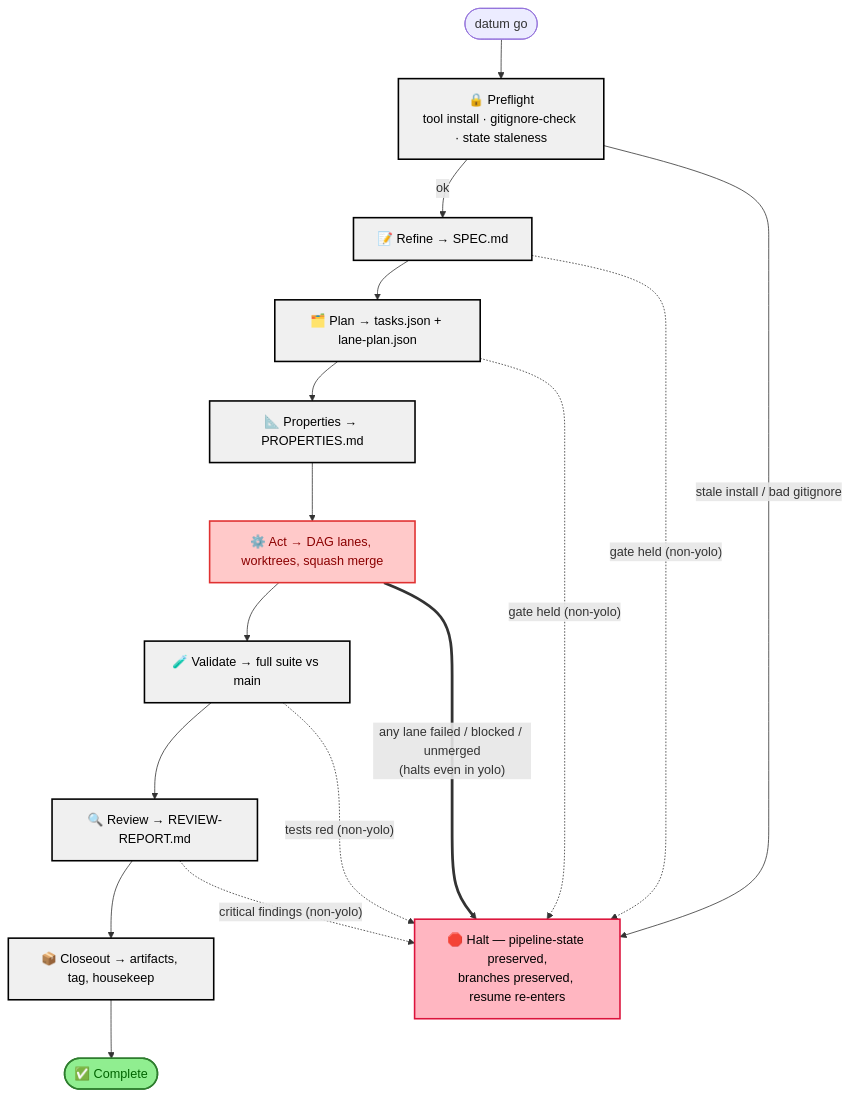
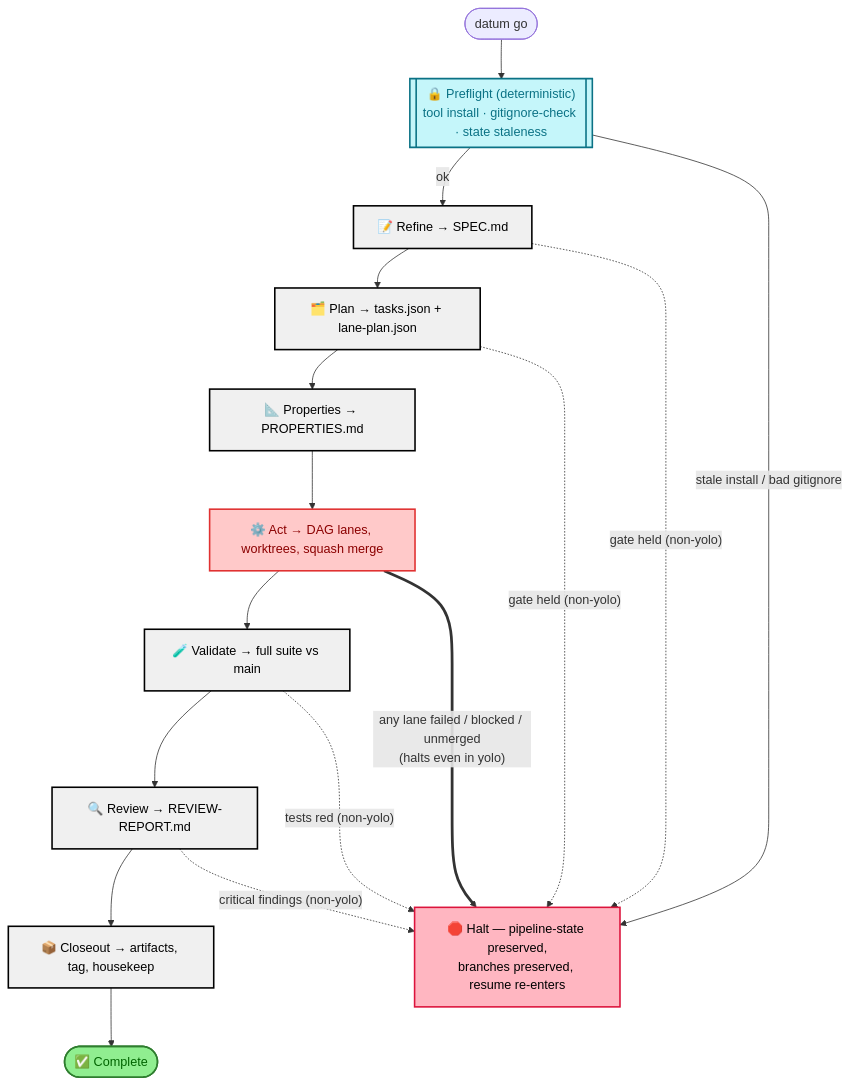
Before and after one commit to gitrdunhq/datum: the second of 4 diagrams in docs/FLOW.md, drawn with Mermaid. The commit also changed other lines of this file, not shown here.

First line of the commit message:
docs(flow): lane diagram reflects the spec file, read witness, reset gate and refusal naming; deterministic steps styled apart

````diff
--- a/docs/FLOW.md
+++ b/docs/FLOW.md
@@ -47,41 +47,43 @@
 ```mermaid
 flowchart TD
     Start(["datum go"])
-    Preflight["🔒 Preflight<br/>tool install · gitignore-check · state staleness"]
+    Preflight[["🔒 Preflight (deterministic)<br/>tool install · gitignore-check · state staleness"]]
     Refine["📝 Refine → SPEC.md"]
     Plan["🗂️ Plan → tasks.json + lane-plan.json"]
     Props["📐 Properties → PROPERTIES.md"]
     Act["⚙️ Act → DAG lanes, worktrees, squash merge"]
     Validate["🧪 Validate → full suite vs main"]
     Review["🔍 Review → REVIEW-REPORT.md"]
     Closeout["📦 Closeout → artifacts, tag, housekeep"]
     Halt["🛑 Halt — pipeline-state preserved,<br/>branches preserved, resume re-enters"]
     Complete(["✅ Complete"])
 
     Start --> Preflight
     Preflight -->|"ok"| Refine
     Preflight -->|"stale install / bad gitignore"| Halt
     Refine --> Plan
     Plan --> Props
     Props --> Act
     Act --> Validate
     Validate --> Review
     Review --> Closeout
     Closeout --> Complete
 
     Refine -.->|"gate held (non-yolo)"| Halt
     Plan -.->|"gate held (non-yolo)"| Halt
     Act ==>|"any lane failed / blocked / unmerged<br/>(halts even in yolo)"| Halt
     Validate -.->|"tests red (non-yolo)"| Halt
     Review -.->|"critical findings (non-yolo)"| Halt
 
     classDef normal fill:#F0F0F0,stroke:#000000,stroke-width:2px,color:black
+    classDef deterministic fill:#c5f6fa,stroke:#0b7285,stroke-width:2px,color:#0b7285
     classDef orchestration fill:#ffc9c9,stroke:#e03131,stroke-width:2px,color:darkred
     classDef error fill:#FFB6C1,stroke:#DC143C,stroke-width:2px,color:black
     classDef success fill:#90EE90,stroke:#2E7D2E,stroke-width:2px,color:darkgreen
 
-    class Preflight,Refine,Plan,Props,Validate,Review,Closeout normal
+    class Preflight deterministic
+    class Refine,Plan,Props,Validate,Review,Closeout normal
     class Act orchestration
     class Halt error
     class Complete success
 ```
````
